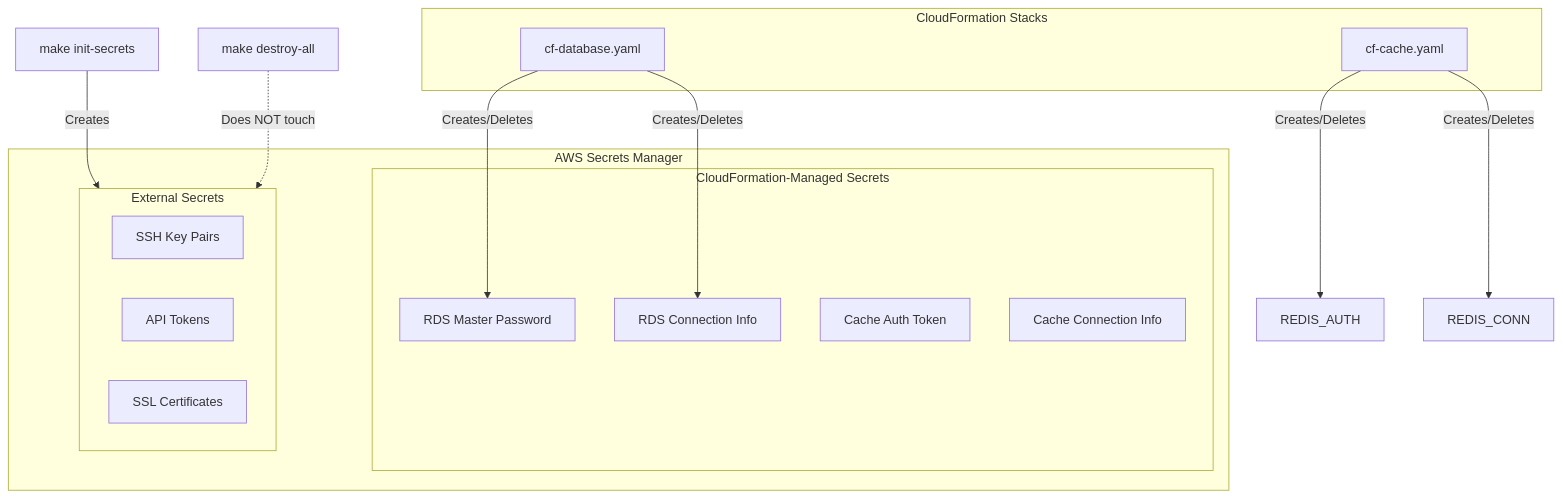
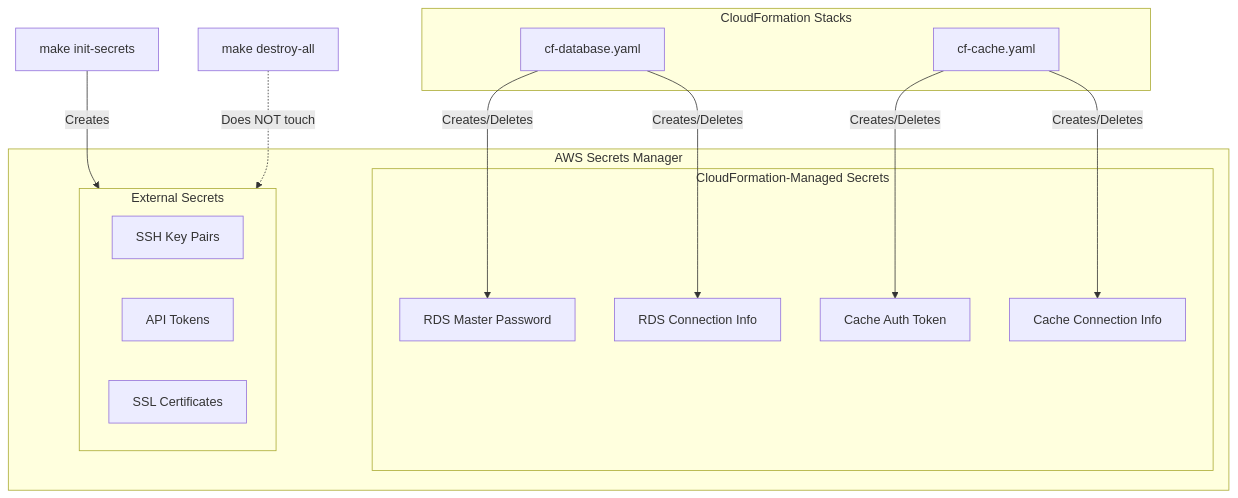
Before and after one commit to worx/cf-scalable-web: the first of 2 diagrams in docs/SECRETS.md, drawn with Mermaid. The commit also changed other lines of this file and 10 other files, not shown here.

````diff
--- a/docs/SECRETS.md
+++ b/docs/SECRETS.md
@@ -12,33 +12,33 @@
 ```mermaid
 flowchart TB
     subgraph CF["CloudFormation Stacks"]
         DB[cf-database.yaml]
         CACHE[cf-cache.yaml]
     end
 
     subgraph CFSecrets["CloudFormation-Managed Secrets"]
         RDS_PASS[RDS Master Password]
         RDS_CONN[RDS Connection Info]
         CACHE_AUTH[Cache Auth Token]
         CACHE_CONN[Cache Connection Info]
     end
 
     subgraph External["External Secrets"]
         SSH[SSH Key Pairs]
         API[API Tokens]
         SSL[SSL Certificates]
     end
 
     subgraph SM["AWS Secrets Manager"]
         CFSecrets
         External
     end
 
     DB -->|Creates/Deletes| RDS_PASS
     DB -->|Creates/Deletes| RDS_CONN
-    CACHE -->|Creates/Deletes| REDIS_AUTH
-    CACHE -->|Creates/Deletes| REDIS_CONN
+    CACHE -->|Creates/Deletes| CACHE_AUTH
+    CACHE -->|Creates/Deletes| CACHE_CONN
 
     INIT[make init-secrets] -->|Creates| External
     DESTROY[make destroy-all] -.->|Does NOT touch| External
 ```
````
